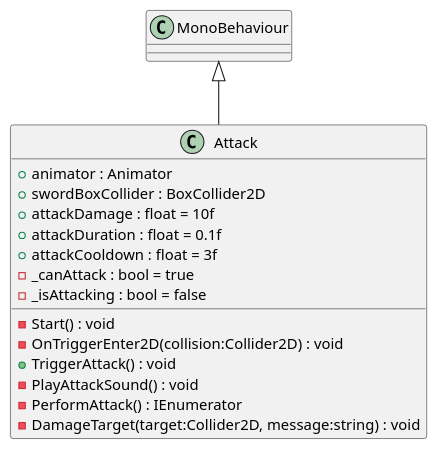
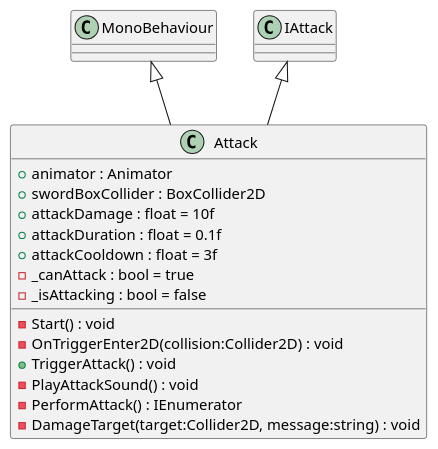
One commit to breftejk/Enigmaze changed the diagram in uml/Characters/Attack.puml. Above: the diagram before and after it, drawn with PlantUML. The commit also changed 87 other files, not shown here.

```diff
--- a/uml/Characters/Attack.puml
+++ b/uml/Characters/Attack.puml
@@ -1,18 +1,19 @@
 @startuml
 class Attack {
     + animator : Animator
     + swordBoxCollider : BoxCollider2D
     + attackDamage : float = 10f
     + attackDuration : float = 0.1f
     + attackCooldown : float = 3f
     - _canAttack : bool = true
     - _isAttacking : bool = false
     - Start() : void
     - OnTriggerEnter2D(collision:Collider2D) : void
     + TriggerAttack() : void
     - PlayAttackSound() : void
     - PerformAttack() : IEnumerator
     - DamageTarget(target:Collider2D, message:string) : void
 }
 MonoBehaviour <|-- Attack
+IAttack <|-- Attack
 @enduml
```
